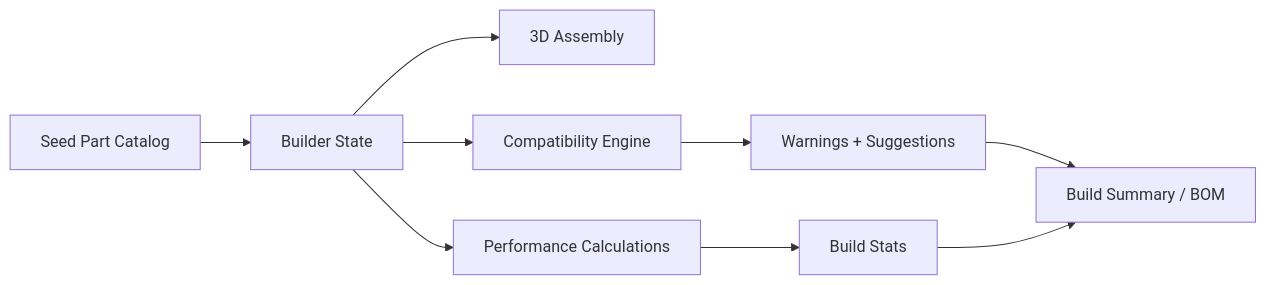
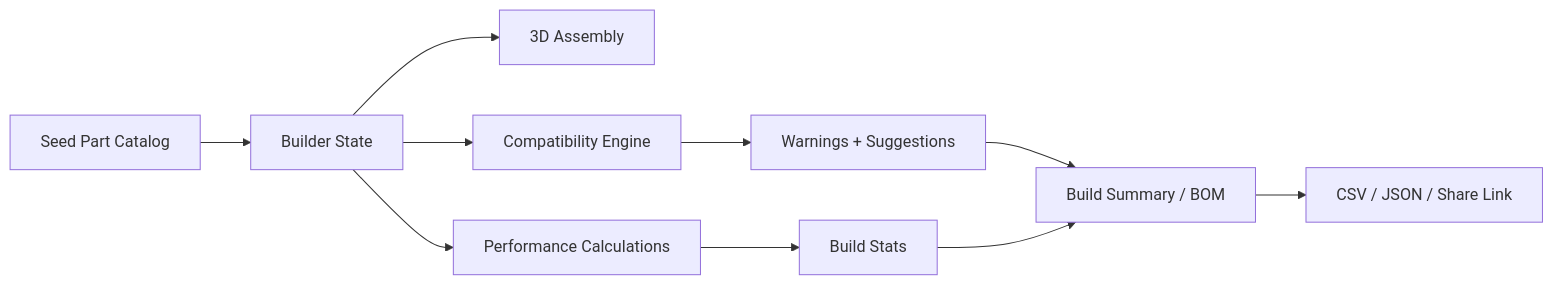
The diagram in README.md (dhruvtoprani/DroneLab), drawn with Mermaid before and after one commit. The commit also changed other lines of this file, not shown here.

````diff
--- a/README.md
+++ b/README.md
@@ -102,11 +121,12 @@
 ```mermaid
 flowchart LR
   A[Seed Part Catalog] --> B[Builder State]
   B --> C[3D Assembly]
   B --> D[Compatibility Engine]
   B --> E[Performance Calculations]
   D --> F[Warnings + Suggestions]
   E --> G[Build Stats]
   F --> H[Build Summary / BOM]
   G --> H
+  H --> I[CSV / JSON / Share Link]
 ```
````
